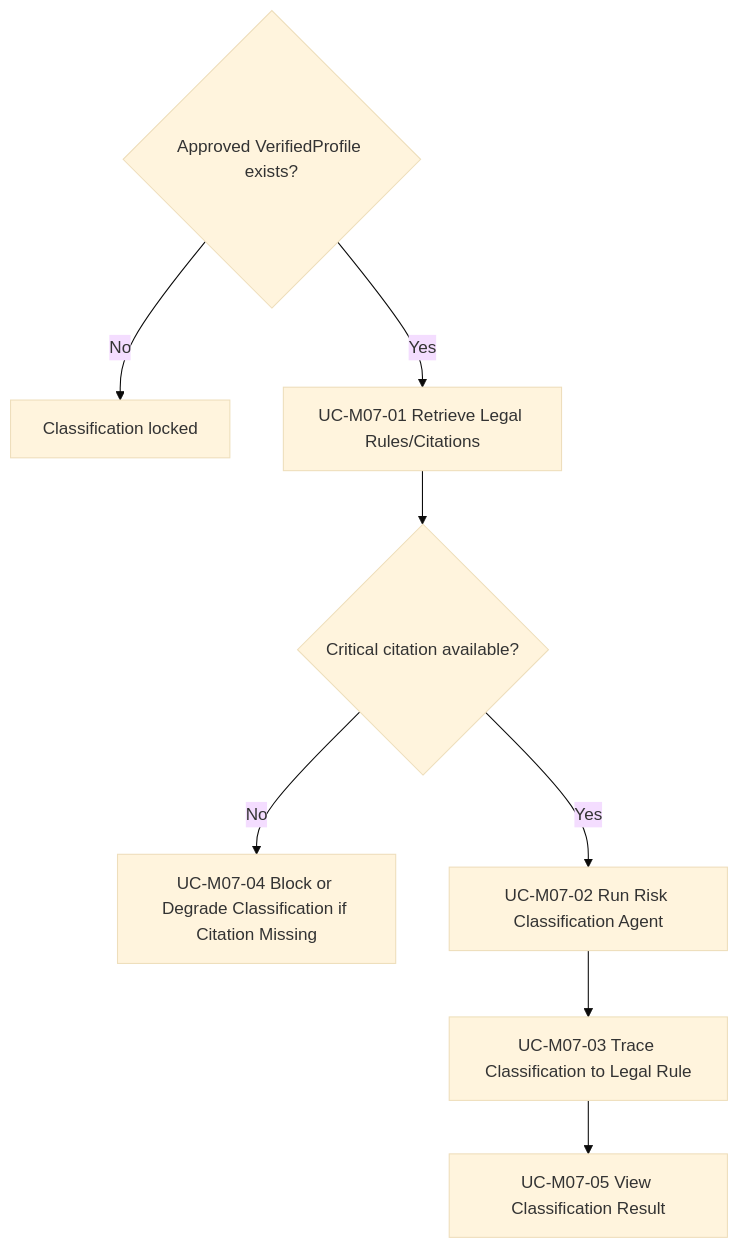
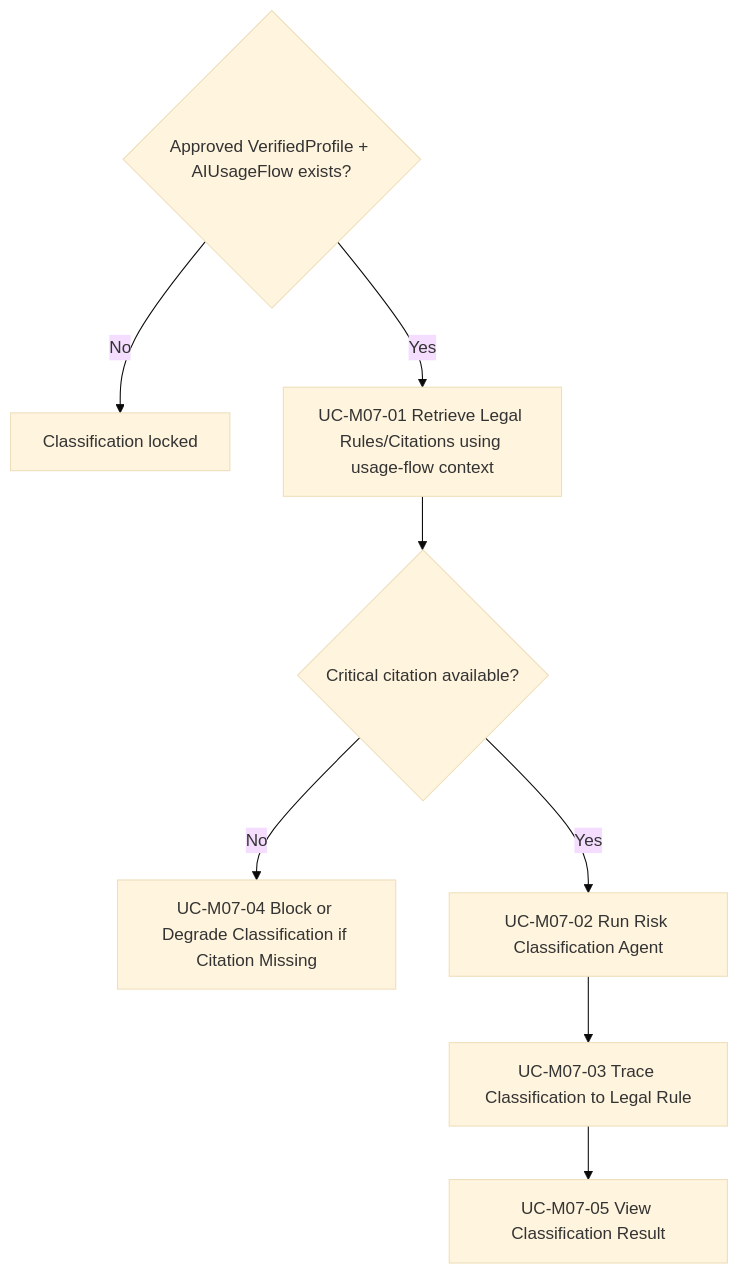
One commit to khovan123/LCSP changed the tenth of 14 diagrams in docs/design/flowcharts.md. Above: the diagram before and after it, drawn with Mermaid (base theme). The commit also changed other lines of this file and 122 other files, not shown here.

````diff
--- a/docs/design/flowcharts.md
+++ b/docs/design/flowcharts.md
@@ -136,10 +189,10 @@
 ```mermaid
 flowchart TD
-  A{Approved VerifiedProfile exists?} -->|No| B[Classification locked]
-  A -->|Yes| C[UC-M07-01 Retrieve Legal Rules/Citations]
+  A{Approved VerifiedProfile + AIUsageFlow exists?} -->|No| B[Classification locked]
+  A -->|Yes| C[UC-M07-01 Retrieve Legal Rules/Citations using usage-flow context]
   C --> D{Critical citation available?}
   D -->|No| E[UC-M07-04 Block or Degrade Classification if Citation Missing]
   D -->|Yes| F[UC-M07-02 Run Risk Classification Agent]
   F --> G[UC-M07-03 Trace Classification to Legal Rule]
   G --> H[UC-M07-05 View Classification Result]
 ```
````
